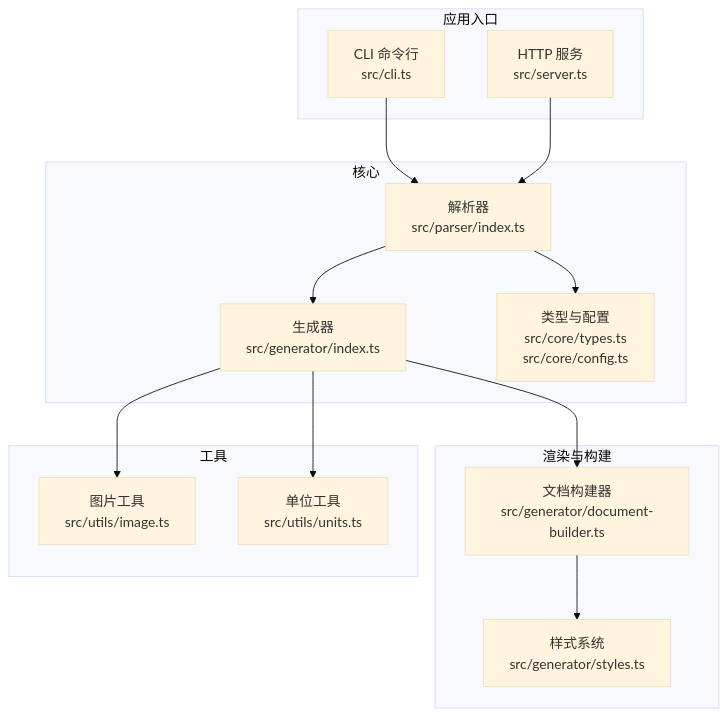
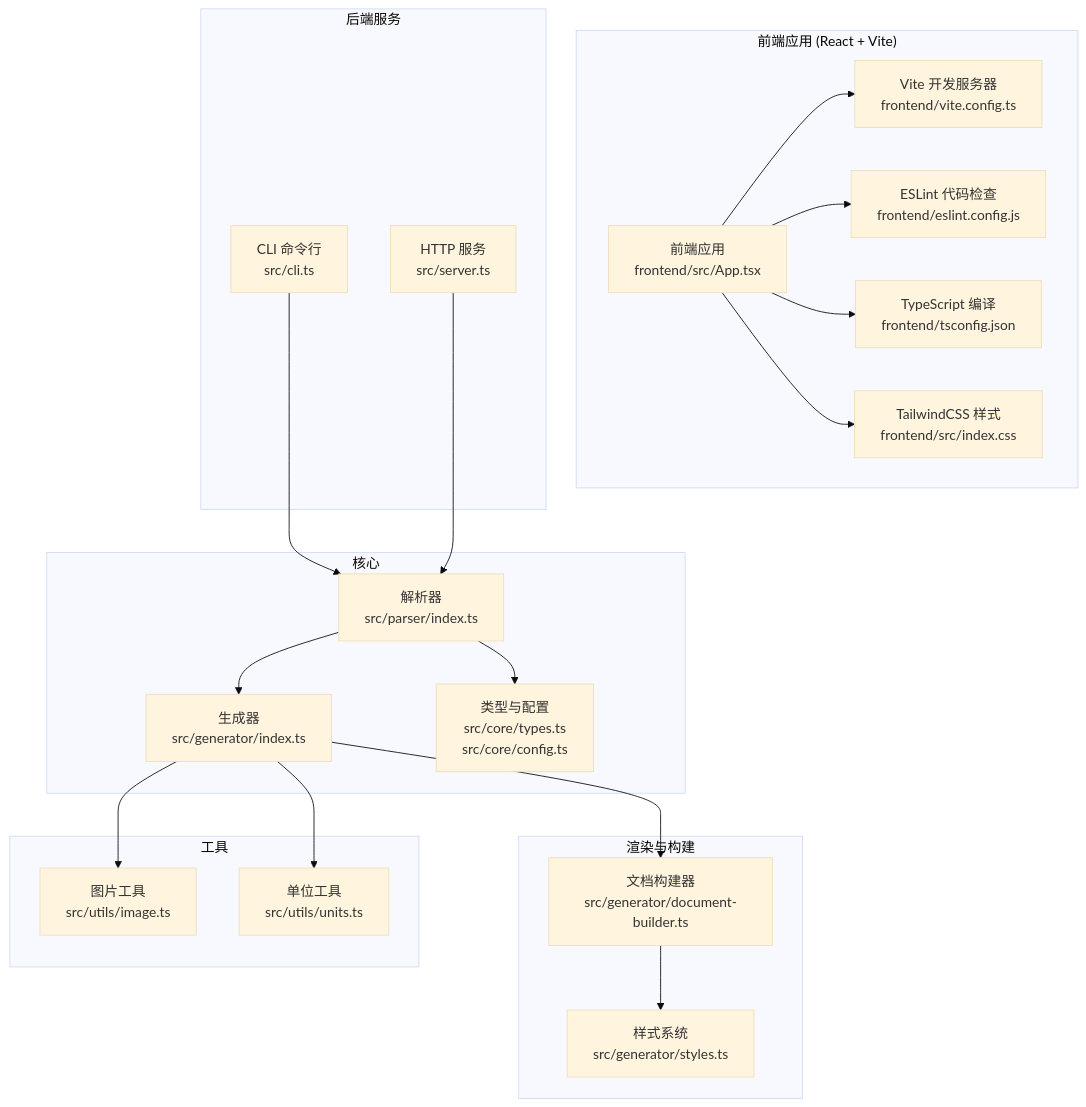
One commit to wanwushelie/markdown-to-word-studio changed the first of 9 diagrams in .lingma/repowiki/zh/content/开发指南/开发指南.md. Above: the diagram before and after it, drawn with Mermaid (base theme). The commit also changed other lines of this file and 21 other files, not shown here.

````diff
--- a/.lingma/repowiki/zh/content/开发指南/开发指南.md
+++ b/.lingma/repowiki/zh/content/开发指南/开发指南.md
@@ -50,28 +67,39 @@
 ```mermaid
 graph TB
-subgraph "应用入口"
+subgraph "前端应用 (React + Vite)"
+Frontend["前端应用<br/>frontend/src/App.tsx"]
+Vite["Vite 开发服务器<br/>frontend/vite.config.ts"]
+ESLint["ESLint 代码检查<br/>frontend/eslint.config.js"]
+TS["TypeScript 编译<br/>frontend/tsconfig.json"]
+Tailwind["TailwindCSS 样式<br/>frontend/src/index.css"]
+end
+subgraph "后端服务"
 CLI["CLI 命令行<br/>src/cli.ts"]
 Server["HTTP 服务<br/>src/server.ts"]
 end
 subgraph "核心"
 Parser["解析器<br/>src/parser/index.ts"]
 Generator["生成器<br/>src/generator/index.ts"]
 Types["类型与配置<br/>src/core/types.ts<br/>src/core/config.ts"]
 end
 subgraph "渲染与构建"
 Builder["文档构建器<br/>src/generator/document-builder.ts"]
 Styles["样式系统<br/>src/generator/styles.ts"]
 end
 subgraph "工具"
 UtilsImg["图片工具<br/>src/utils/image.ts"]
 UtilsUnits["单位工具<br/>src/utils/units.ts"]
 end
+Frontend --> Vite
+Frontend --> ESLint
+Frontend --> TS
+Frontend --> Tailwind
 CLI --> Parser
 Server --> Parser
 Parser --> Types
 Parser --> Generator
 Generator --> Builder
 Builder --> Styles
 Generator --> UtilsImg
 Generator --> UtilsUnits
 ```
````
